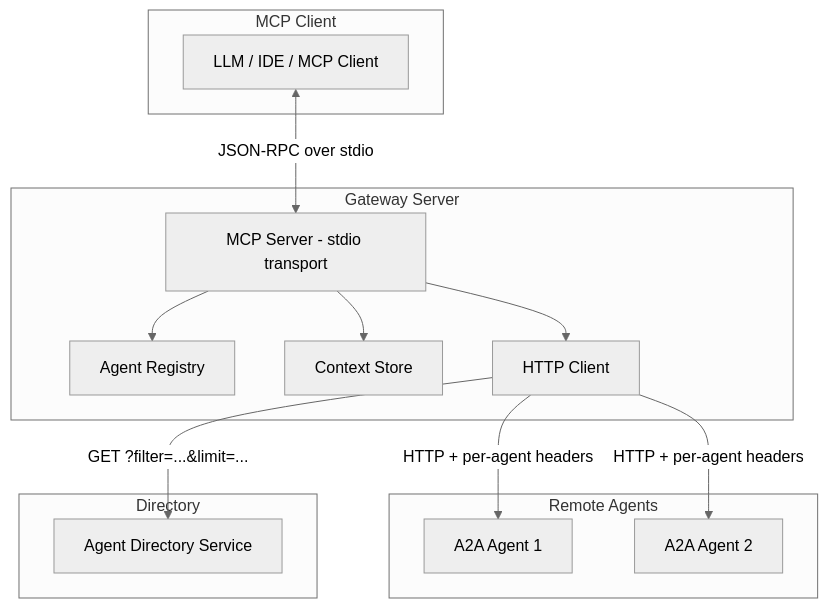
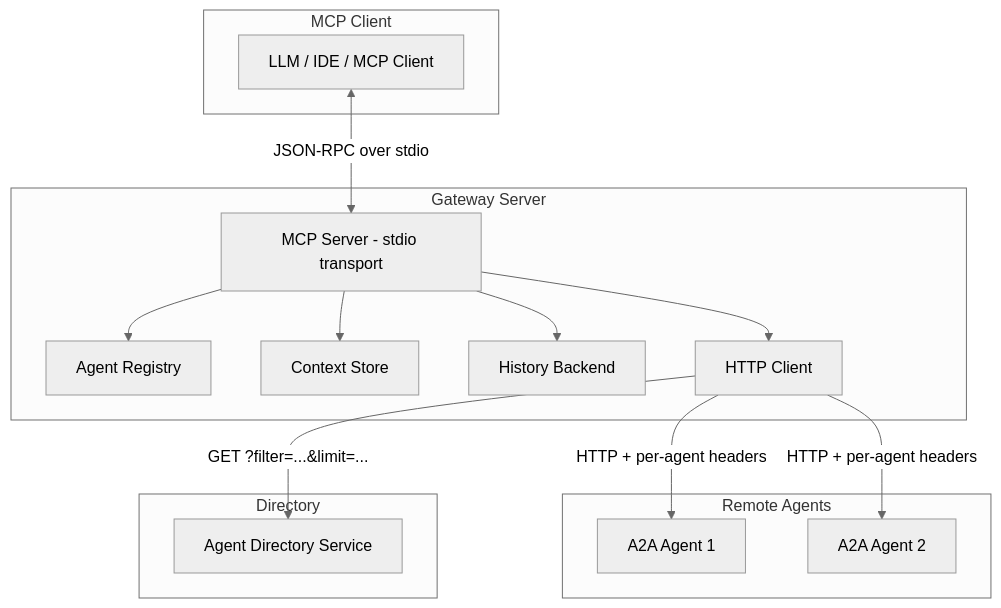
One commit to nisimpson/a2a-gateway-mcp changed the diagram in README.md. Above: the diagram before and after it, drawn with Mermaid (neutral theme). The commit also changed other lines of this file and 16 other files, not shown here.

````diff
--- a/README.md
+++ b/README.md
@@ -254,30 +281,32 @@
 ```mermaid
 graph TD
     subgraph MCP Client
         C[LLM / IDE / MCP Client]
     end
 
     subgraph Gateway Server
         S[MCP Server - stdio transport]
         R[Agent Registry]
         CS[Context Store]
+        HS[History Backend]
         HC[HTTP Client]
     end
 
     subgraph Remote Agents
         A1[A2A Agent 1]
         A2[A2A Agent 2]
     end
 
     subgraph Directory
         D[Agent Directory Service]
     end
 
     C <-->|JSON-RPC over stdio| S
     S --> R
     S --> CS
+    S --> HS
     S --> HC
     HC -->|HTTP + per-agent headers| A1
     HC -->|HTTP + per-agent headers| A2
     HC -->|GET ?filter=...&limit=...| D
 ```
````
